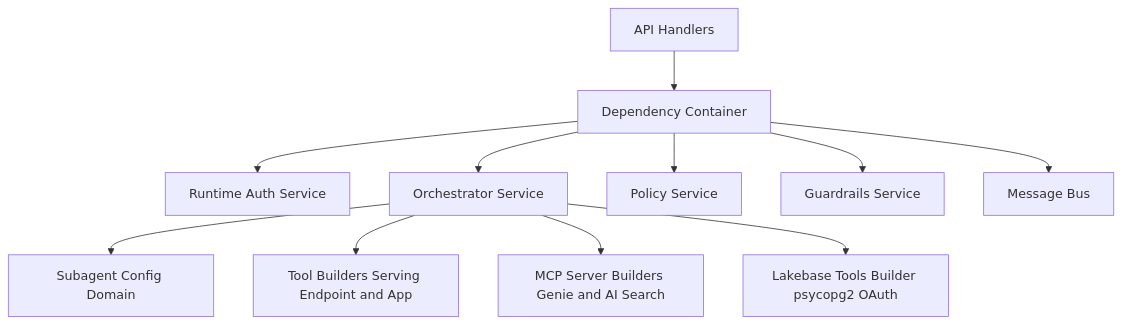
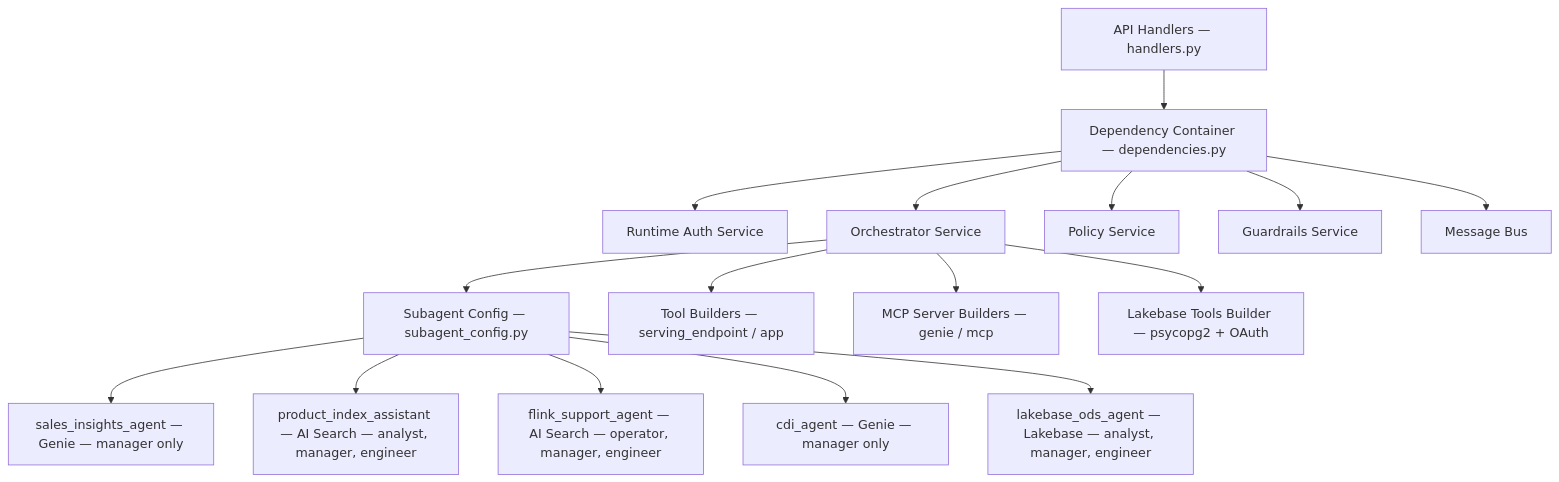
The ninth of 15 diagrams in docs/architecture/design-artifacts/00-architecture-board-review.md (wchen-dea/Governed-Multi-Agent-Intelligence-on-Databricks), drawn with Mermaid before and after one commit. The commit also changed other lines of this file and 51 other files, not shown here.

````diff
--- a/docs/architecture/design-artifacts/00-architecture-board-review.md
+++ b/docs/architecture/design-artifacts/00-architecture-board-review.md
@@ -217,14 +219,20 @@
 ```mermaid
 flowchart TB
-    H[API Handlers] --> D[Dependency Container]
+    H[API Handlers — handlers.py] --> D[Dependency Container — dependencies.py]
     D --> RA[Runtime Auth Service]
     D --> OR[Orchestrator Service]
     D --> PO[Policy Service]
     D --> GR[Guardrails Service]
     D --> MB[Message Bus]
 
-    OR --> SC[Subagent Config Domain]
-    OR --> TL[Tool Builders Serving Endpoint and App]
-    OR --> MCP[MCP Server Builders Genie and AI Search]
-    OR --> LB[Lakebase Tools Builder psycopg2 OAuth]
+    OR --> SC[Subagent Config — subagent_config.py]
+    OR --> TL[Tool Builders — serving_endpoint / app]
+    OR --> MCP[MCP Server Builders — genie / mcp]
+    OR --> LB[Lakebase Tools Builder — psycopg2 + OAuth]
+
+    SC --> S1[sales_insights_agent — Genie — manager only]
+    SC --> S2[product_index_assistant — AI Search — analyst, manager, engineer]
+    SC --> S3[flink_support_agent — AI Search — operator, manager, engineer]
+    SC --> S4[cdi_agent — Genie — manager only]
+    SC --> S5[lakebase_ods_agent — Lakebase — analyst, manager, engineer]
 ```
````
